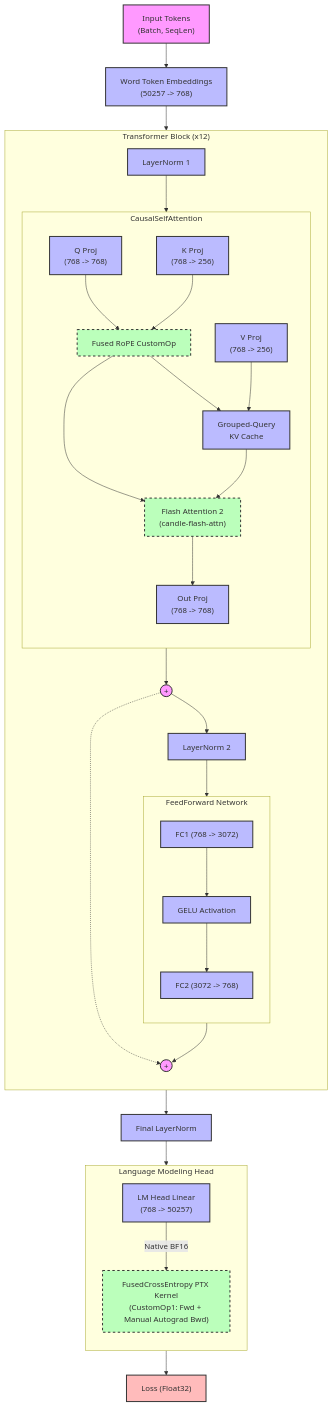
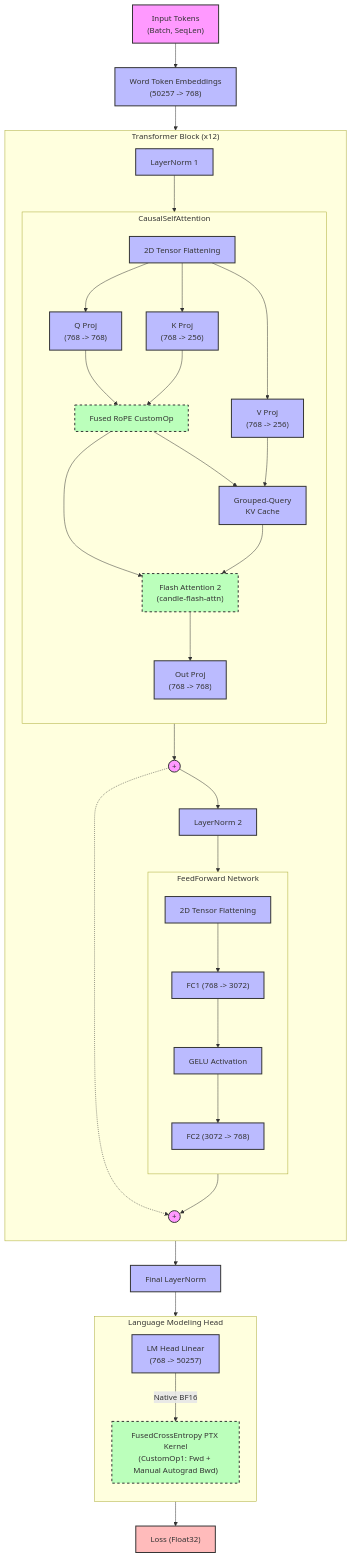
One commit to ltouati/tiny-llm changed the diagram in architecture.mmd. Above: the diagram before and after it, drawn with Mermaid. The commit also changed 10 other files, not shown here.

```diff
--- a/architecture.mmd
+++ b/architecture.mmd
@@ -1,74 +1,80 @@
 graph TD
     classDef tensor fill:#f9f,stroke:#333,stroke-width:2px;
     classDef layer fill:#bbf,stroke:#333,stroke-width:2px;
     classDef custom fill:#bfb,stroke:#333,stroke-width:2px,stroke-dasharray: 5 5;
     classDef loss fill:#fbb,stroke:#333,stroke-width:2px;
 
     Input["Input Tokens\n(Batch, SeqLen)"]:::tensor --> WTE["Word Token Embeddings\n(50257 -> 768)"]:::layer
 
     subgraph TransformerBlock["Transformer Block (x12)"]
         direction TB
         LN1["LayerNorm 1"]:::layer
         
         subgraph Attention["CausalSelfAttention"]
             direction TB
+            FlattenQ["2D Tensor Flattening"]:::layer
             Q["Q Proj\n(768 -> 768)"]:::layer
             K["K Proj\n(768 -> 256)"]:::layer
             V["V Proj\n(768 -> 256)"]:::layer
+            
+            FlattenQ --> Q
+            FlattenQ --> K
+            FlattenQ --> V
             
             RoPE["Fused RoPE CustomOp"]:::custom
             
             Q --> RoPE
             K --> RoPE
             
             KCache["Grouped-Query\nKV Cache"]:::layer
             RoPE --> KCache
             V --> KCache
             
             Flash["Flash Attention 2\n(candle-flash-attn)"]:::custom
             
             RoPE --> Flash
             KCache --> Flash
             
             OutProj["Out Proj\n(768 -> 768)"]:::layer
             Flash --> OutProj
         end
 
-        LN1 --> Attention
+        LN1 --> FlattenQ
         
         Add1((+)):::tensor
         
         LN2["LayerNorm 2"]:::layer
         
         subgraph FFN["FeedForward Network"]
             direction TB
+            FlattenFFN["2D Tensor Flattening"]:::layer
             FC1["FC1 (768 -> 3072)"]:::layer
             GELU["GELU Activation"]:::layer
             FC2["FC2 (3072 -> 768)"]:::layer
-            FC1 --> GELU --> FC2
+            FlattenFFN --> FC1 --> GELU --> FC2
         end
 
         Add2((+)):::tensor
         
         Attention --> Add1
         Add1 --> LN2
-        LN2 --> FFN
+        LN2 --> FlattenFFN
         FFN --> Add2
     end
 
     WTE --> LN1
     Add1 -.-> Add2
 
     LNFinal["Final LayerNorm"]:::layer
     Add2 --> LNFinal
 
     subgraph LMHead["Language Modeling Head"]
         direction TB
         LMLinear["LM Head Linear\n(768 -> 50257)"]:::layer
         Loss["FusedCrossEntropy PTX Kernel\n(CustomOp1: Fwd + Manual Autograd Bwd)"]:::custom
         
         LMLinear -->|Native BF16| Loss
     end
 
     LNFinal --> LMLinear
     Loss --> Output["Loss (Float32)"]:::loss
```
